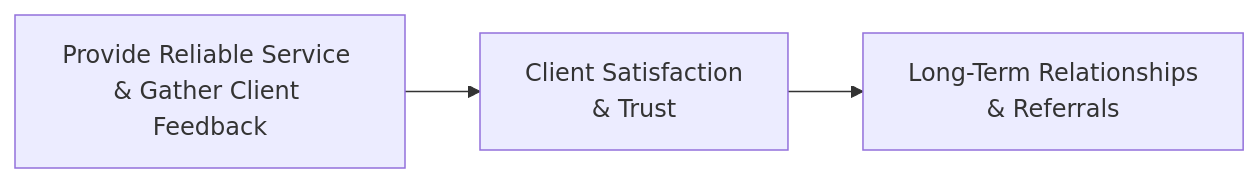
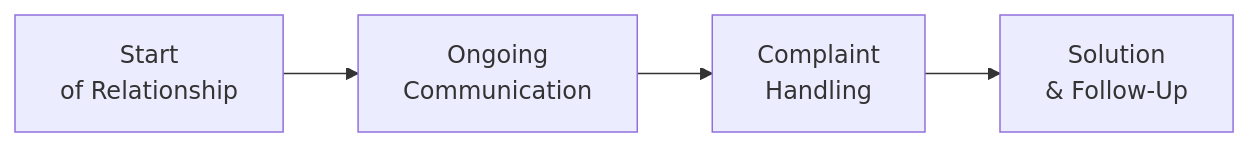
One commit to MasteryEducation/SecuritiesExamsMastery.ca changed the diagram in content/ifc/1/3/index.md. Above: the diagram before and after it, drawn with Mermaid. The commit also changed other lines of this file and 130 other files, not shown here.

````diff
--- a/content/ifc/1/3/index.md
+++ b/content/ifc/1/3/index.md
@@ -33,5 +81,6 @@
 ```mermaid
 flowchart LR
-    A["Provide Reliable Service <br/>& Gather Client Feedback"] --> B["Client Satisfaction <br/>& Trust"]
-    B --> C["Long-Term Relationships <br/>& Referrals"]
+    A["Start <br/>of Relationship"] --> B["Ongoing <br/>Communication"]
+    B --> C["Complaint <br/>Handling"]
+    C --> D["Solution <br/>& Follow-Up"]
 ```
````
